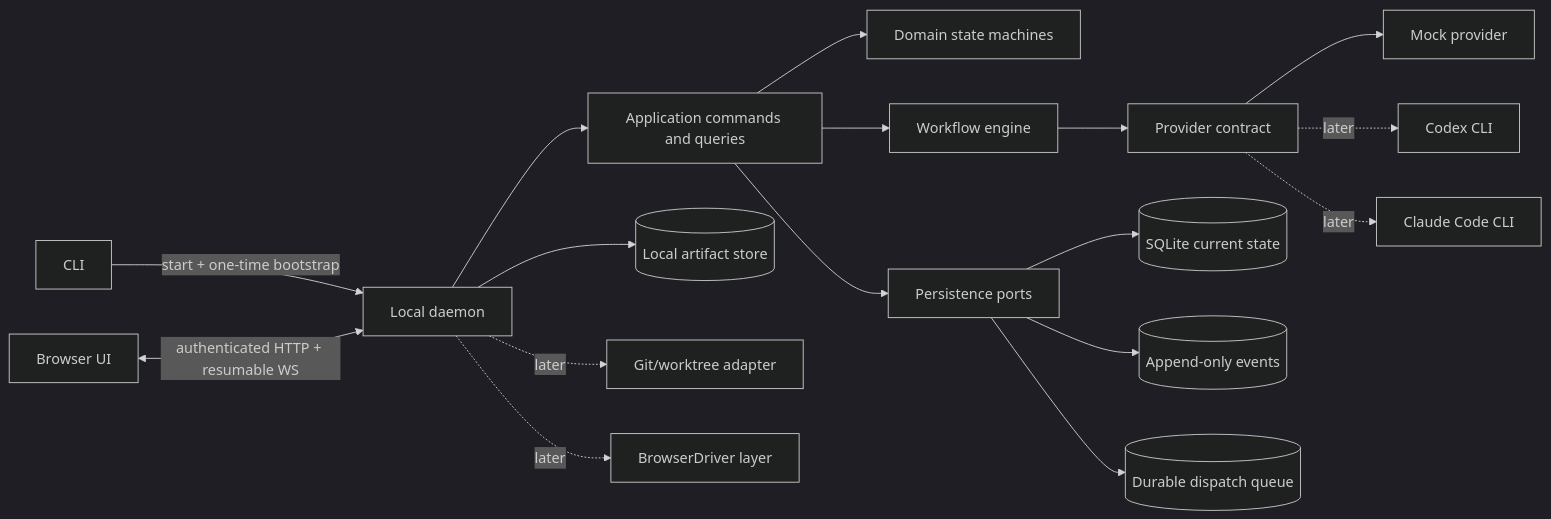
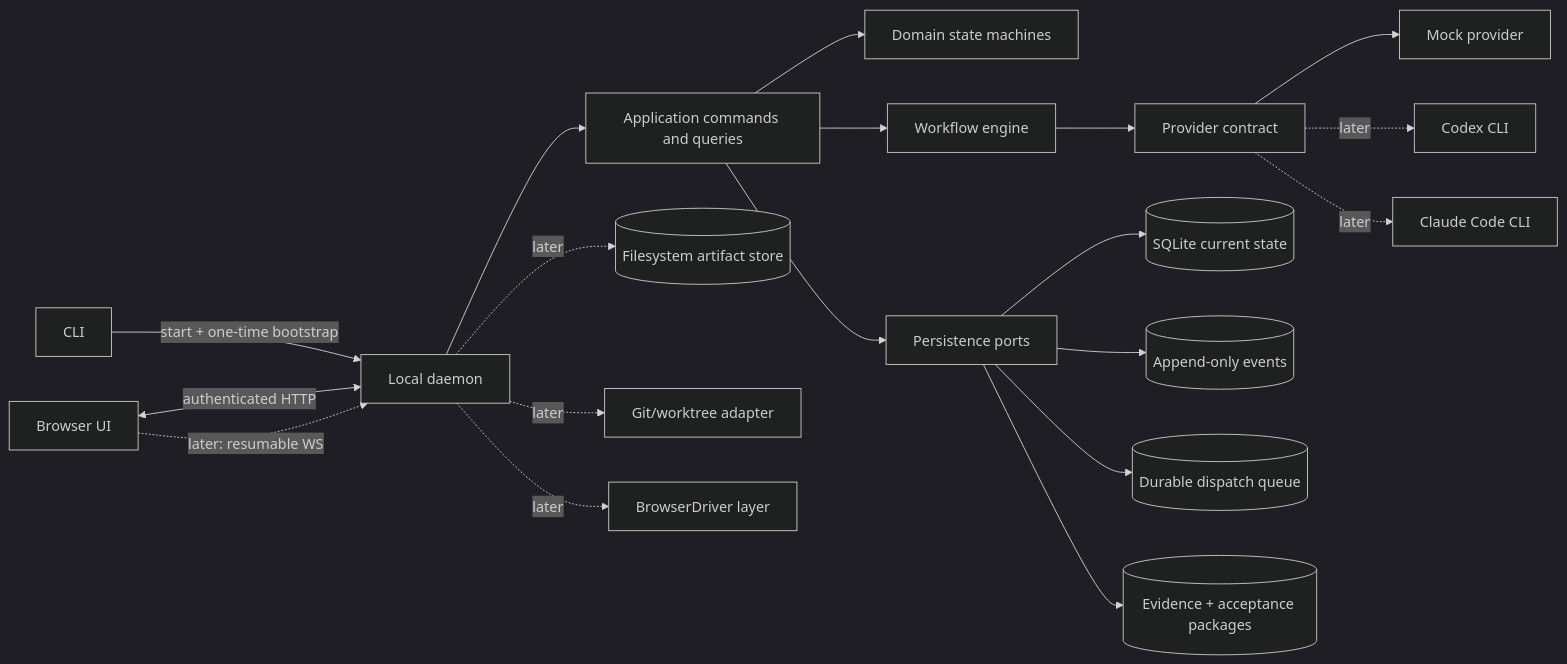
One commit to loomrail/loomrail changed the first of 2 diagrams in docs/architecture/OVERVIEW.md. Above: the diagram before and after it, drawn with Mermaid (dark theme). The commit also changed other lines of this file and 27 other files, not shown here.

````diff
--- a/docs/architecture/OVERVIEW.md
+++ b/docs/architecture/OVERVIEW.md
@@ -12,22 +12,24 @@
 ```mermaid
 flowchart LR
     CLI[CLI] -->|start + one-time bootstrap| D[Local daemon]
-    UI[Browser UI] <-->|authenticated HTTP + resumable WS| D
+    UI[Browser UI] <-->|authenticated HTTP| D
+    UI -. later: resumable WS .-> D
 
     D --> APP[Application commands and queries]
     APP --> DOMAIN[Domain state machines]
     APP --> WF[Workflow engine]
     WF --> PC[Provider contract]
     PC --> MOCK[Mock provider]
     PC -. later .-> CODEX[Codex CLI]
     PC -. later .-> CLAUDE[Claude Code CLI]
 
     APP --> PORT[Persistence ports]
     PORT --> DB[(SQLite current state)]
     PORT --> EVT[(Append-only events)]
     PORT --> QUEUE[(Durable dispatch queue)]
+    PORT --> EVIDENCE[(Evidence + acceptance packages)]
 
-    D --> ART[(Local artifact store)]
+    D -. later .-> ART[(Filesystem artifact store)]
     D -. later .-> GIT[Git/worktree adapter]
     D -. later .-> BROWSER[BrowserDriver layer]
 ```
````
